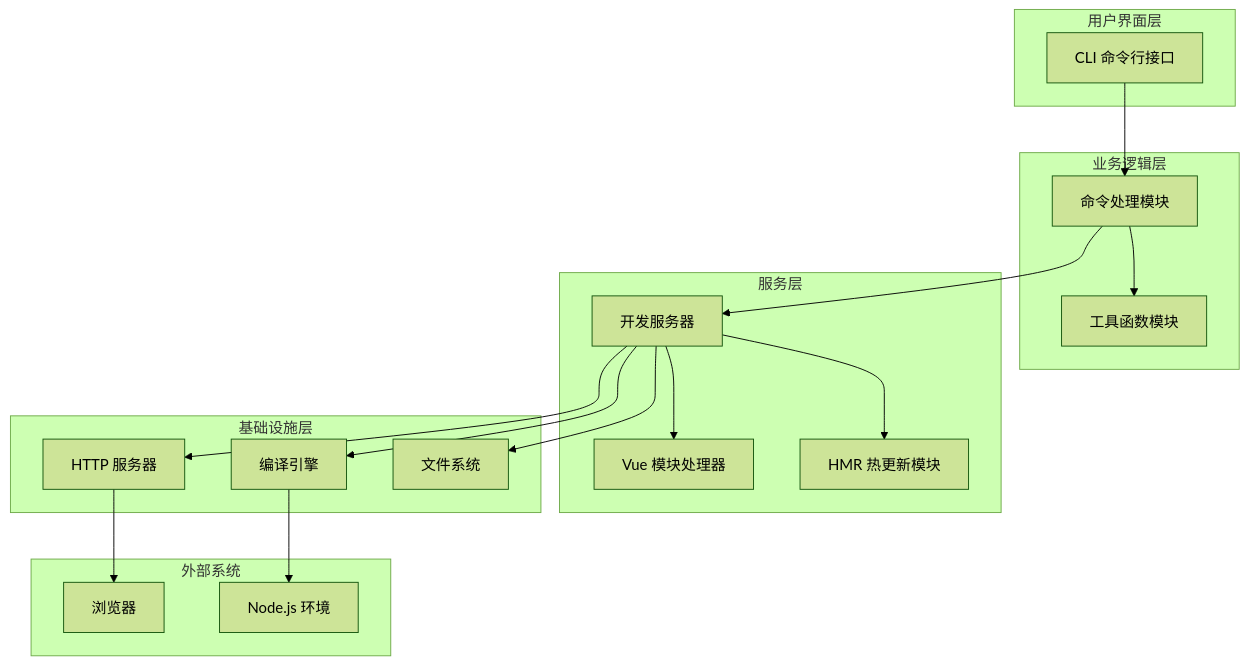
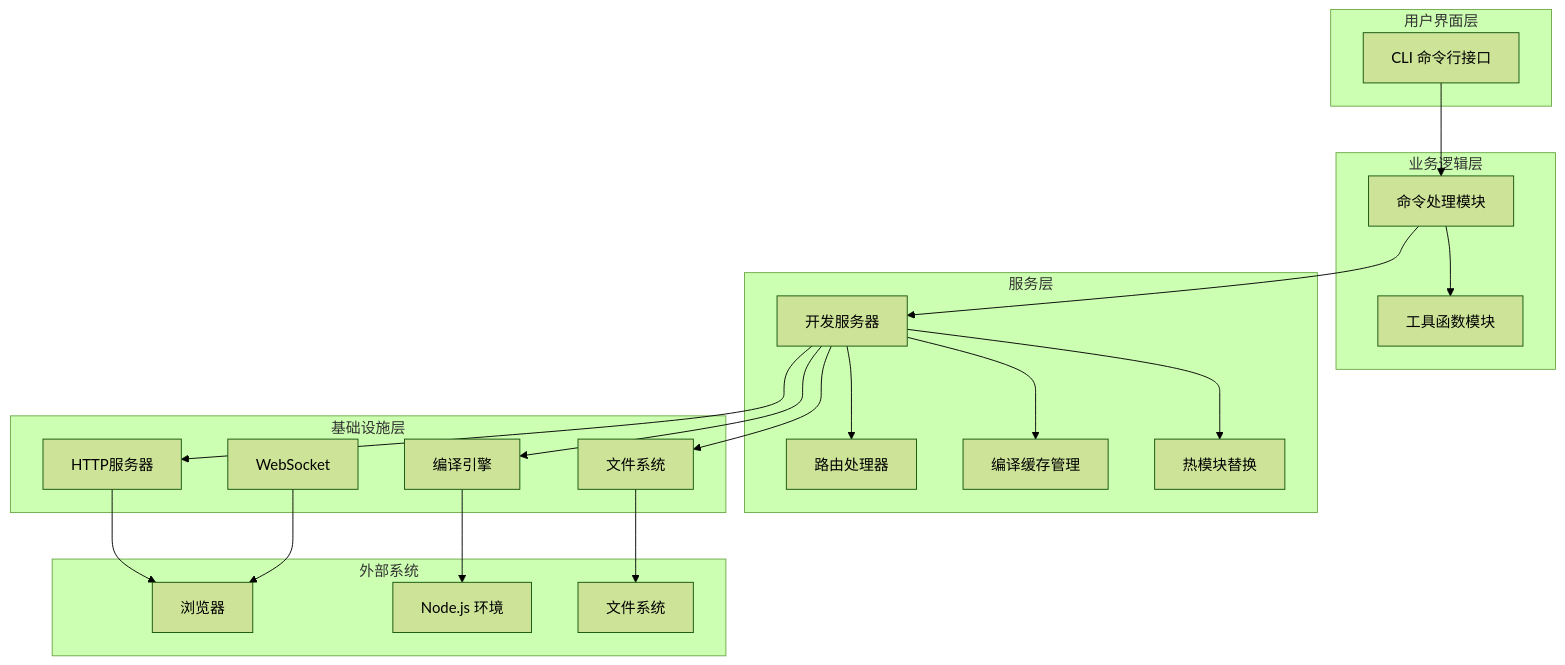
Before and after one commit to itszzl-sudo/iris: the third of 10 diagrams in .qoder/repowiki/zh/content/核心功能特性/Iris JetCrab CLI工具.md, drawn with Mermaid (forest theme). The commit also changed other lines of this file and 887 other files, not shown here.

````diff
--- a/.qoder/repowiki/zh/content/核心功能特性/Iris JetCrab CLI工具.md
+++ b/.qoder/repowiki/zh/content/核心功能特性/Iris JetCrab CLI工具.md
@@ -146,34 +154,40 @@
 ```mermaid
 graph TB
 subgraph "用户界面层"
 CLI[CLI 命令行接口]
 end
 subgraph "业务逻辑层"
 Commands[命令处理模块]
 Utils[工具函数模块]
 end
 subgraph "服务层"
 DevServer[开发服务器]
-VueHandler[Vue 模块处理器]
-HMR[HMR 热更新模块]
+Routes[路由处理器]
+CompilerCache[编译缓存管理]
+HMR[热模块替换]
 end
 subgraph "基础设施层"
-HTTP[HTTP 服务器]
+HTTP[HTTP服务器]
 Engine[编译引擎]
 FS[文件系统]
+WS[WebSocket]
 end
 subgraph "外部系统"
 Browser[浏览器]
 NodeJS[Node.js 环境]
+FileSystem[文件系统]
 end
 CLI --> Commands
 Commands --> DevServer
 Commands --> Utils
-DevServer --> VueHandler
+DevServer --> Routes
+DevServer --> CompilerCache
 DevServer --> HMR
 DevServer --> HTTP
 DevServer --> Engine
 DevServer --> FS
 HTTP --> Browser
 Engine --> NodeJS
+FS --> FileSystem
+WS --> Browser
 ```
````
